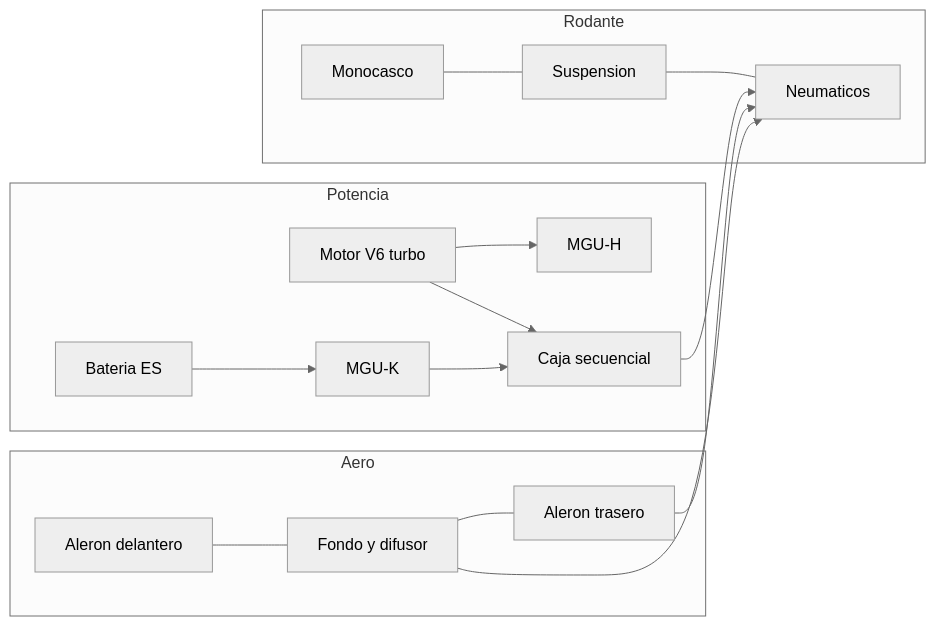
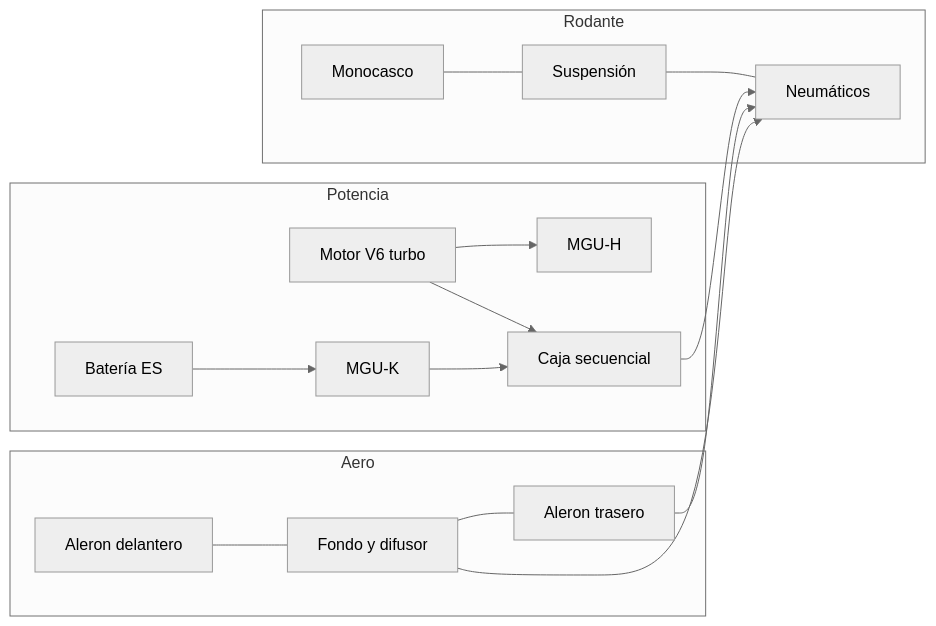
Before and after one commit to vladimiracunadev-create/machine-operator-program: the first of 3 diagrams in vehiculos/formula-1/operacion/sistemas-mecanicos-formula-1.md, drawn with Mermaid (neutral theme). The commit also changed other lines of this file and 442 other files, not shown here.

````diff
--- a/vehiculos/formula-1/operacion/sistemas-mecanicos-formula-1.md
+++ b/vehiculos/formula-1/operacion/sistemas-mecanicos-formula-1.md
@@ -9,20 +9,20 @@
 ```mermaid
 flowchart LR
     subgraph Potencia
         ICE[Motor V6 turbo] --> MGUH[MGU-H]
         ICE --> Caja[Caja secuencial]
-        Bateria[Bateria ES] --> MGUK[MGU-K]
+        Bateria[Batería ES] --> MGUK[MGU-K]
         MGUK --> Caja
     end
     subgraph Rodante
-        Mono[Monocasco] --- Susp[Suspension]
-        Susp --- Neu[Neumaticos]
+        Mono[Monocasco] --- Susp[Suspensión]
+        Susp --- Neu[Neumáticos]
     end
     subgraph Aero
         AlerD[Aleron delantero] --- Fondo[Fondo y difusor]
         Fondo --- AlerT[Aleron trasero]
     end
     Caja --> Neu
     AlerT --> Neu
     Fondo --> Neu
 ```
````
